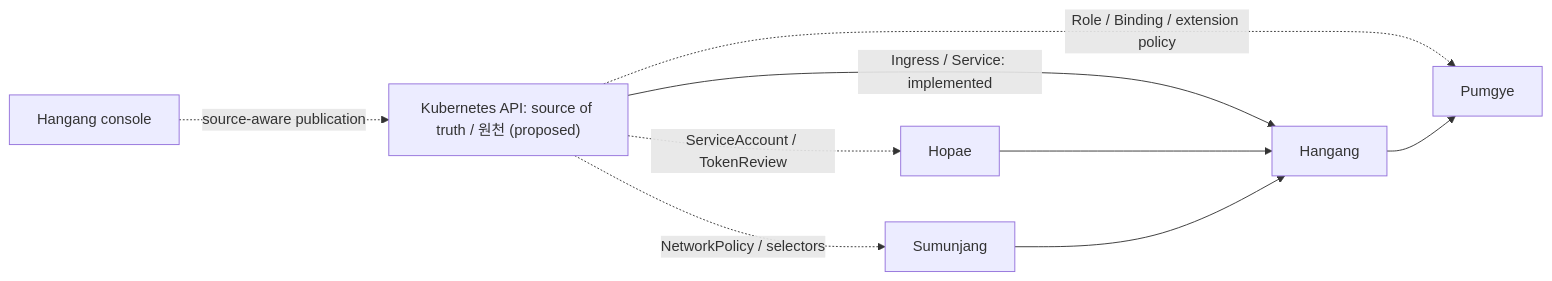
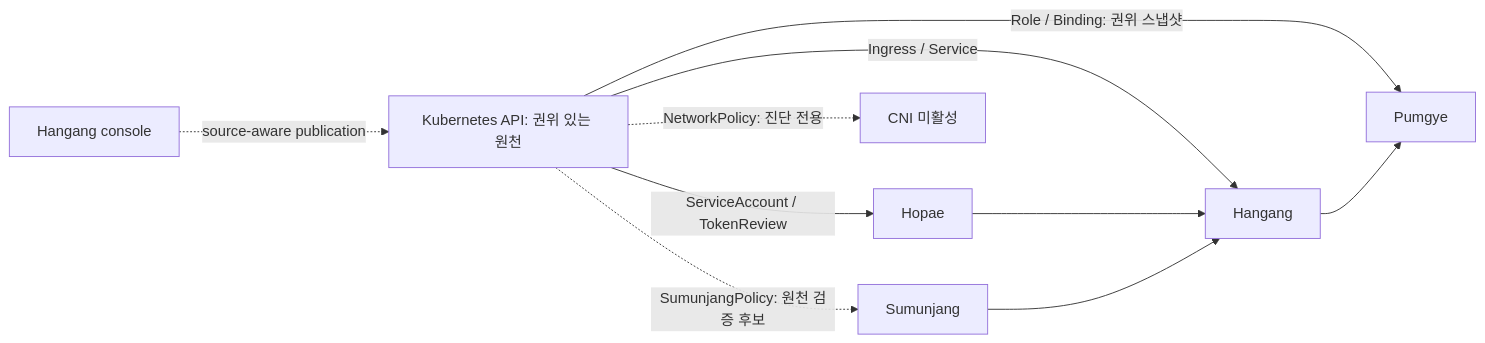
The third of 3 diagrams in README.ko.md (ziozzang/hangang-zerotrust), drawn with Mermaid before and after one commit. The commit also changed other lines of this file and 3 other files, not shown here.

Commit message:
docs: update source authority diagrams and published qualification [skip ci]

````diff
--- a/README.ko.md
+++ b/README.ko.md
@@ -146,11 +149,12 @@
 ```mermaid
 flowchart LR
-  K["Kubernetes API: source of truth / 원천 (proposed)"] -->|Ingress / Service: implemented| H[Hangang]
-  K -.->|ServiceAccount / TokenReview| O[Hopae]
-  K -.->|Role / Binding / extension policy| P[Pumgye]
-  K -.->|NetworkPolicy / selectors| S[Sumunjang]
+  K["Kubernetes API: 권위 있는 원천"] -->|Ingress / Service| H[Hangang]
+  K -->|ServiceAccount / TokenReview| O[Hopae]
+  K -->|Role / Binding: 권위 스냅샷| P[Pumgye]
+  K -.->|SumunjangPolicy: 원천 검증 후보| S[Sumunjang]
+  K -.->|NetworkPolicy: 진단 전용| N[CNI 미활성]
   U[Hangang console] -.->|source-aware publication| K
   O --> H
   S --> H
   H --> P
 ```
````
